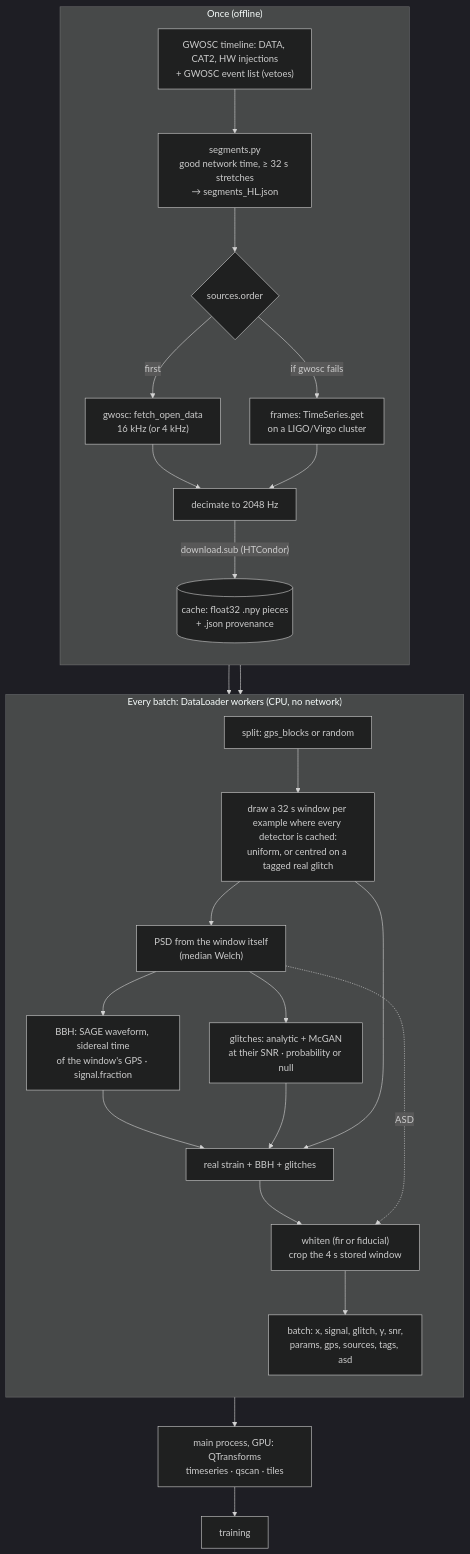
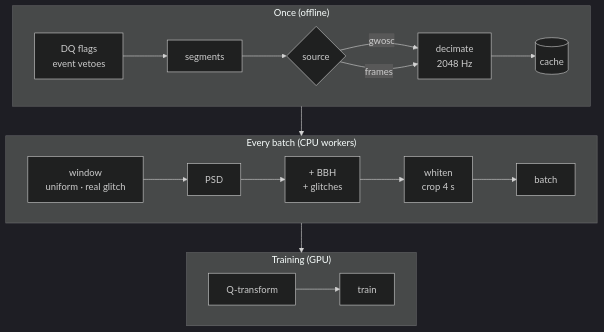
The diagram in eucaif/v3/README.md (MelissaLP/sage), drawn with Mermaid (dark theme) before and after one commit. The commit also changed other lines of this file, not shown here.

Commit message:
v3 README: concise, horizontal workflow diagram

````diff
--- a/eucaif/v3/README.md
+++ b/eucaif/v3/README.md
@@ -35,39 +35,19 @@
 ```mermaid
-flowchart TD
+flowchart TB
     subgraph once["Once (offline)"]
-        direction TB
-        DQ["GWOSC timeline: DATA, CAT2, HW injections<br/>+ GWOSC event list (vetoes)"]
-        SEG["segments.py<br/>good network time, ≥ 32 s stretches<br/>→ segments_HL.json"]
-        SRC{"sources.order"}
-        GW["gwosc: fetch_open_data<br/>16 kHz (or 4 kHz)"]
-        FR["frames: TimeSeries.get<br/>on a LIGO/Virgo cluster"]
-        DEC["decimate to 2048 Hz"]
-        CACHE[("cache: float32 .npy pieces<br/>+ .json provenance")]
-        DQ --> SEG --> SRC
-        SRC -->|first| GW --> DEC
-        SRC -->|if gwosc fails| FR --> DEC
-        DEC -->|"download.sub (HTCondor)"| CACHE
+        direction LR
+        DQ["DQ flags<br/>event vetoes"] --> SEG["segments"] --> SRC{"source"}
+        SRC -->|gwosc| DEC["decimate<br/>2048 Hz"]
+        SRC -->|frames| DEC
+        DEC --> CACHE[("cache")]
     end
-
-    subgraph fly["Every batch: DataLoader workers (CPU, no network)"]
-        direction TB
-        SPLIT["split: gps_blocks or random"]
-        WIN["draw a 32 s window per example where every detector is cached:<br/>uniform, or centred on a tagged real glitch"]
-        PSD["PSD from the window itself<br/>(median Welch)"]
-        BBH["BBH: SAGE waveform, sidereal time<br/>of the window's GPS · signal.fraction"]
-        GL["glitches: analytic + McGAN<br/>at their SNR · probability or null"]
-        SUM["real strain + BBH + glitches"]
-        WH["whiten (fir or fiducial)<br/>crop the 4 s stored window"]
-        OUT["batch: x, signal, glitch, y, snr,<br/>params, gps, sources, tags, asd"]
-        SPLIT --> WIN --> PSD
-        PSD --> BBH --> SUM
-        PSD --> GL --> SUM
-        WIN --> SUM
-        SUM --> WH --> OUT
-        PSD -.->|ASD| WH
+    subgraph fly["Every batch (CPU workers)"]
+        direction LR
+        WIN["window<br/>uniform · real glitch"] --> PSD["PSD"] --> INJ["+ BBH<br/>+ glitches"] --> WH["whiten<br/>crop 4 s"] --> OUT["batch"]
     end
-
-    SEG --> SPLIT
-    CACHE --> WIN
-    OUT --> INP["main process, GPU: QTransforms<br/>timeseries · qscan · tiles"] --> TRAIN["training"]
+    subgraph gpu["Training (GPU)"]
+        direction LR
+        QT["Q-transform"] --> TRAIN["train"]
+    end
+    once --> fly --> gpu
 ```
````
